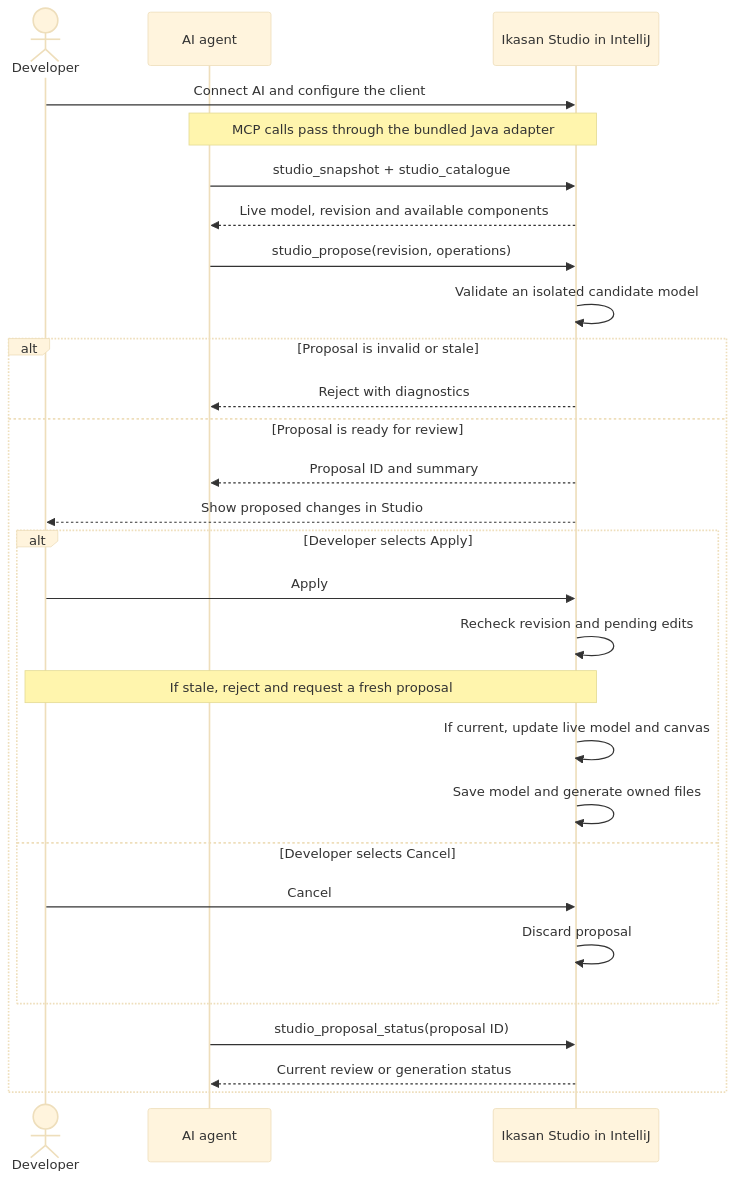
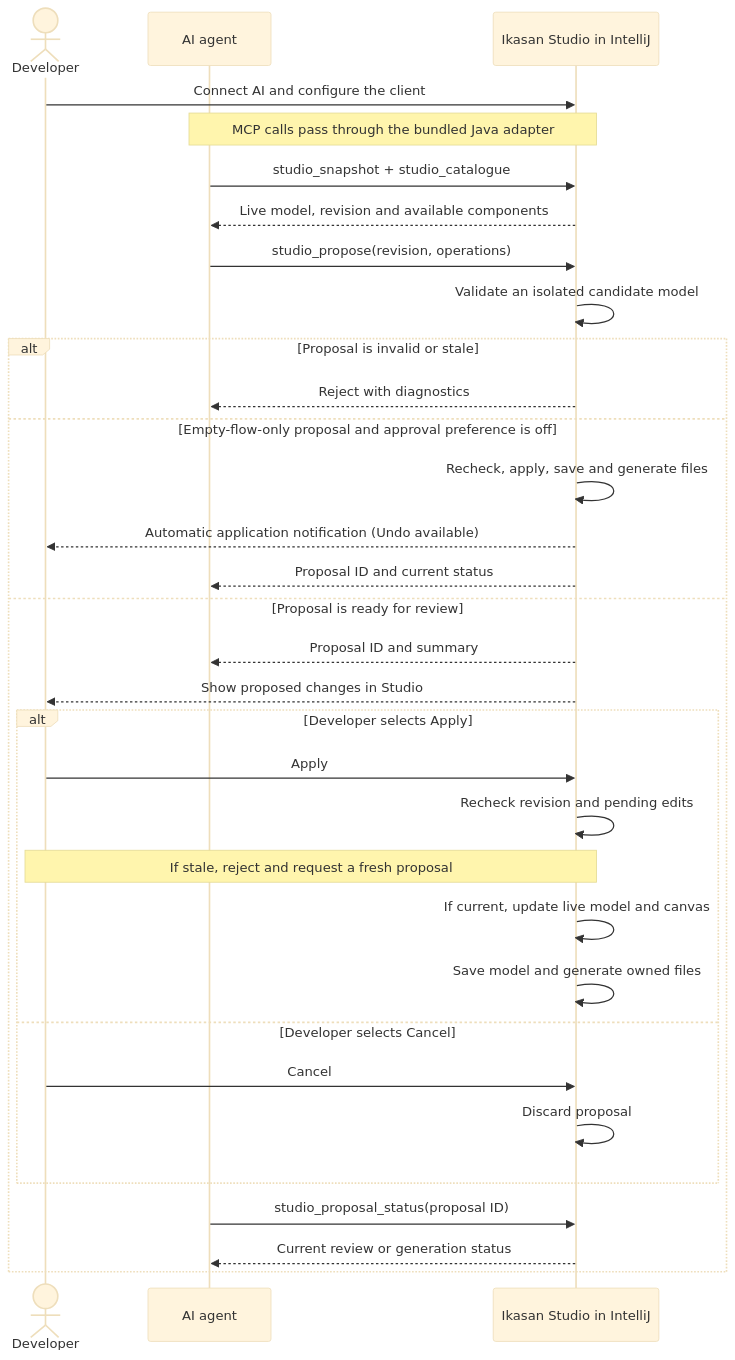
Before and after one commit to ikasanEIP/IkasanStudio: the diagram in docs/StudioAiBridge.md, drawn with Mermaid (base theme). The commit also changed other lines of this file and 30 other files, not shown here.

````diff
--- a/docs/StudioAiBridge.md
+++ b/docs/StudioAiBridge.md
@@ -12,31 +13,35 @@
 ```mermaid
 sequenceDiagram
     actor Developer
     participant Agent as AI agent
     participant Studio as Ikasan Studio in IntelliJ
 
     Developer->>Studio: Connect AI and configure the client
     Note over Agent,Studio: MCP calls pass through the bundled Java adapter
     Agent->>Studio: studio_snapshot + studio_catalogue
     Studio-->>Agent: Live model, revision and available components
     Agent->>Studio: studio_propose(revision, operations)
     Studio->>Studio: Validate an isolated candidate model
     alt Proposal is invalid or stale
         Studio-->>Agent: Reject with diagnostics
+    else Empty-flow-only proposal and approval preference is off
+        Studio->>Studio: Recheck, apply, save and generate files
+        Studio-->>Developer: Automatic application notification (Undo available)
+        Studio-->>Agent: Proposal ID and current status
     else Proposal is ready for review
         Studio-->>Agent: Proposal ID and summary
         Studio-->>Developer: Show proposed changes in Studio
         alt Developer selects Apply
             Developer->>Studio: Apply
             Studio->>Studio: Recheck revision and pending edits
             Note over Developer,Studio: If stale, reject and request a fresh proposal
             Studio->>Studio: If current, update live model and canvas
             Studio->>Studio: Save model and generate owned files
         else Developer selects Cancel
             Developer->>Studio: Cancel
             Studio->>Studio: Discard proposal
         end
         Agent->>Studio: studio_proposal_status(proposal ID)
         Studio-->>Agent: Current review or generation status
     end
 ```
````
